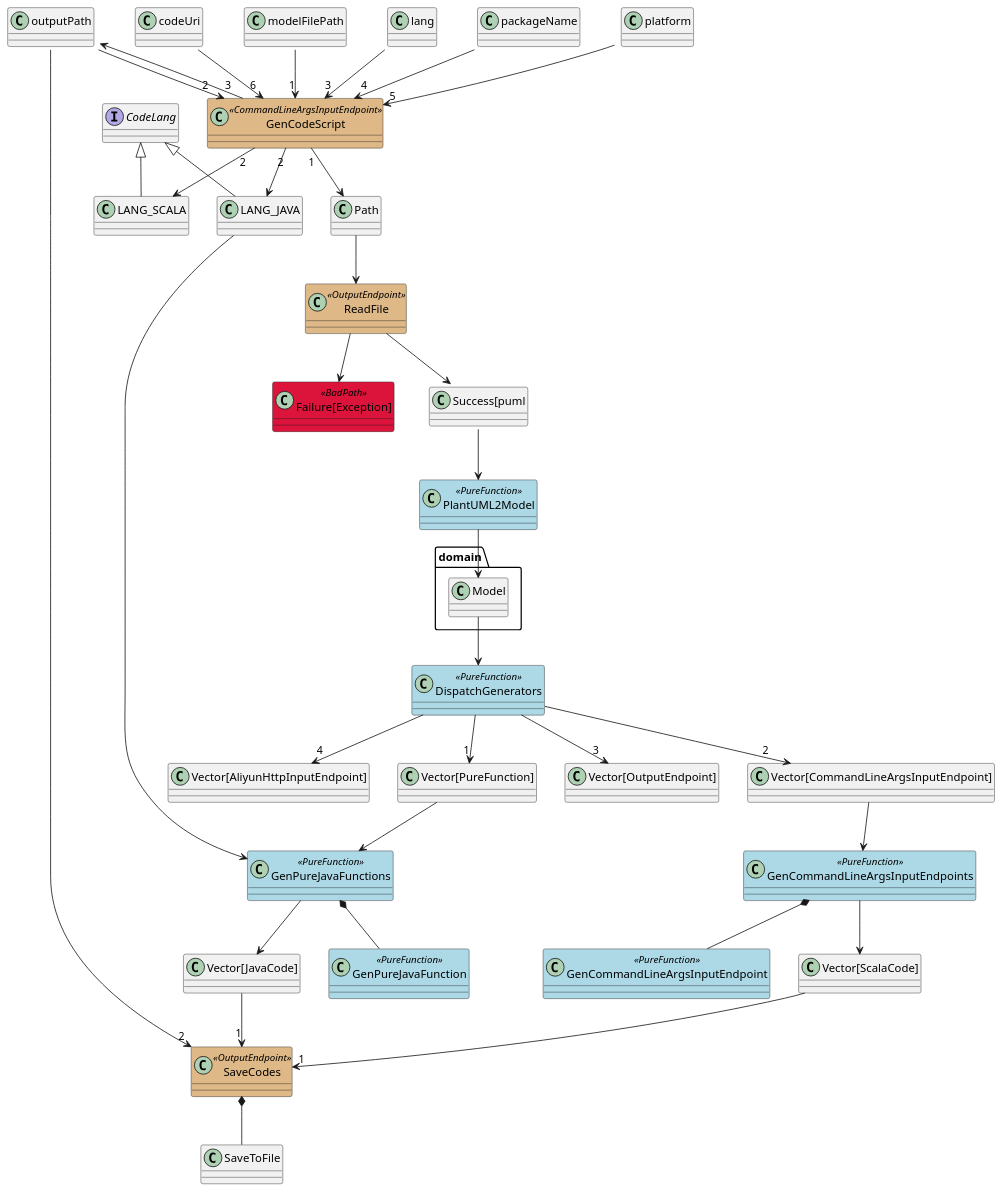
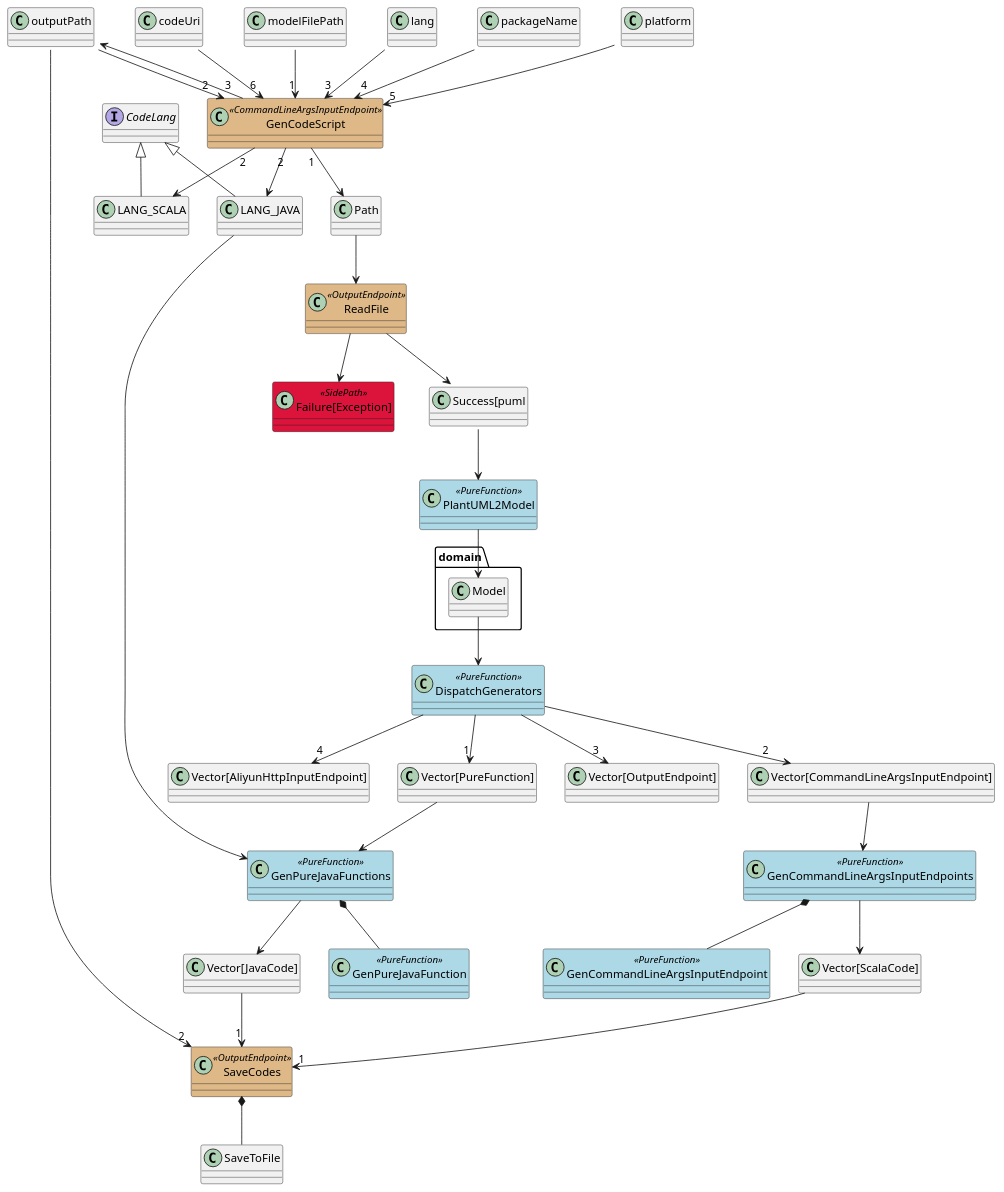
The diagram in typeflow/tooling/GenCode.puml (notyy/TypeFlow), drawn with PlantUML before and after one commit.

Commit message:
use "SidePath" to replace "BadPath"

```diff
--- a/typeflow/tooling/GenCode.puml
+++ b/typeflow/tooling/GenCode.puml
@@ -1,57 +1,56 @@
 @startuml
 skinparam class {
 	BackgroundColor<<CommandLineInputEndpoint>> BurlyWood
 	BackgroundColor<<CommandLineArgsInputEndpoint>> BurlyWood
 	BackgroundColor<<AliyunHttpInputEndpoint>> BurlyWood
 	BackgroundColor<<OutputEndpoint>> BurlyWood
 	BackgroundColor<<PureFunction>> LightBlue
-	BackgroundColor<<BadPath>> Crimson
+	BackgroundColor<<SidePath>> Crimson
 }
-'class System << (S,#FF7700) Singleton >>
 
 class GenCodeScript <<CommandLineArgsInputEndpoint>>
 class ReadFile <<OutputEndpoint>>
 class PlantUML2Model <<PureFunction>>
 class GenPureJavaFunctions <<PureFunction>>
 class GenPureJavaFunction <<PureFunction>>
 class GenCommandLineArgsInputEndpoints <<PureFunction>>
 class GenCommandLineArgsInputEndpoint <<PureFunction>>
 class DispatchGenerators <<PureFunction>>
 class SaveCodes <<OutputEndpoint>>
-class "Failure[Exception]" <<BadPath>>
+class "Failure[Exception]" <<SidePath>>
 interface CodeLang
 CodeLang <|-- LANG_JAVA
 CodeLang <|-- LANG_SCALA
 
 modelFilePath::String --> "1" GenCodeScript
 outputPath::String --> "2" GenCodeScript
 lang::String --> "3" GenCodeScript
 packageName::String --> "4" GenCodeScript
 platform::String --> "5" GenCodeScript
 codeUri::String --> "6" GenCodeScript
 GenCodeScript "1" --> Path
 GenCodeScript "2" --> LANG_JAVA
 GenCodeScript "2" --> LANG_SCALA
 GenCodeScript "3" --> outputPath::Path
 LANG_JAVA -> GenPureJavaFunctions
 Path --> ReadFile
 ReadFile --> "Success[puml::String]"
 ReadFile --> "Failure[Exception]"
 "Success[puml::String]" --> PlantUML2Model
 PlantUML2Model --> domain.Model
 domain.Model --> DispatchGenerators
 DispatchGenerators --> "1" "Vector[PureFunction]"
 DispatchGenerators --> "2" "Vector[CommandLineArgsInputEndpoint]"
 DispatchGenerators --> "3" "Vector[OutputEndpoint]"
 DispatchGenerators --> "4" "Vector[AliyunHttpInputEndpoint]"
 "Vector[PureFunction]" --> GenPureJavaFunctions
 GenPureJavaFunctions --> "Vector[JavaCode]"
 GenPureJavaFunctions *-- GenPureJavaFunction
 "Vector[CommandLineArgsInputEndpoint]" --> GenCommandLineArgsInputEndpoints
 GenCommandLineArgsInputEndpoints --> "Vector[ScalaCode]"
 GenCommandLineArgsInputEndpoints *-- GenCommandLineArgsInputEndpoint
 "Vector[ScalaCode]" --> "1" SaveCodes
 "Vector[JavaCode]" --> "1" SaveCodes
 outputPath::Path --> "2" SaveCodes
 SaveCodes *-- SaveToFile
 @enduml
```
